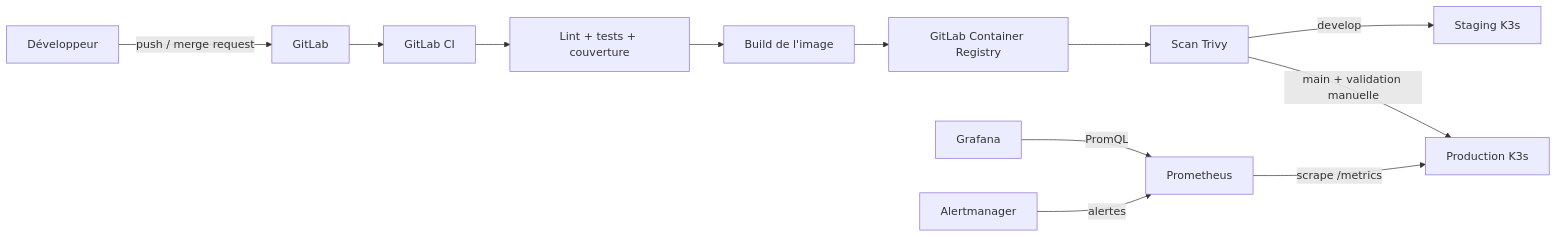
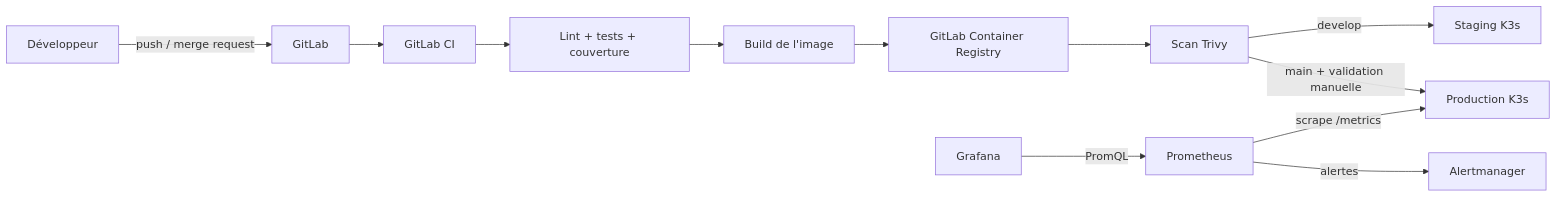
One commit to Waddenn/classlab-usine-logicielle changed the diagram in README.md. Above: the diagram before and after it, drawn with Mermaid. The commit also changed other lines of this file and 19 other files, not shown here.

````diff
--- a/README.md
+++ b/README.md
@@ -18,14 +18,14 @@
 ```mermaid
 flowchart LR
   dev[Développeur] -->|push / merge request| git[GitLab]
   git --> ci[GitLab CI]
   ci --> tests[Lint + tests + couverture]
   tests --> build[Build de l'image]
   build --> registry[GitLab Container Registry]
   registry --> scan[Scan Trivy]
   scan -->|develop| staging[Staging K3s]
   scan -->|main + validation manuelle| production[Production K3s]
   prometheus[Prometheus] -->|scrape /metrics| production
   grafana[Grafana] -->|PromQL| prometheus
-  alertmanager[Alertmanager] -->|alertes| prometheus
+  prometheus -->|alertes| alertmanager[Alertmanager]
 ```
````
